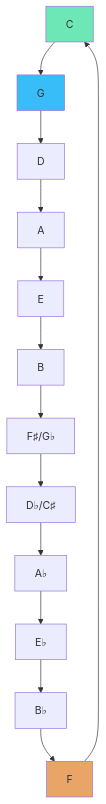
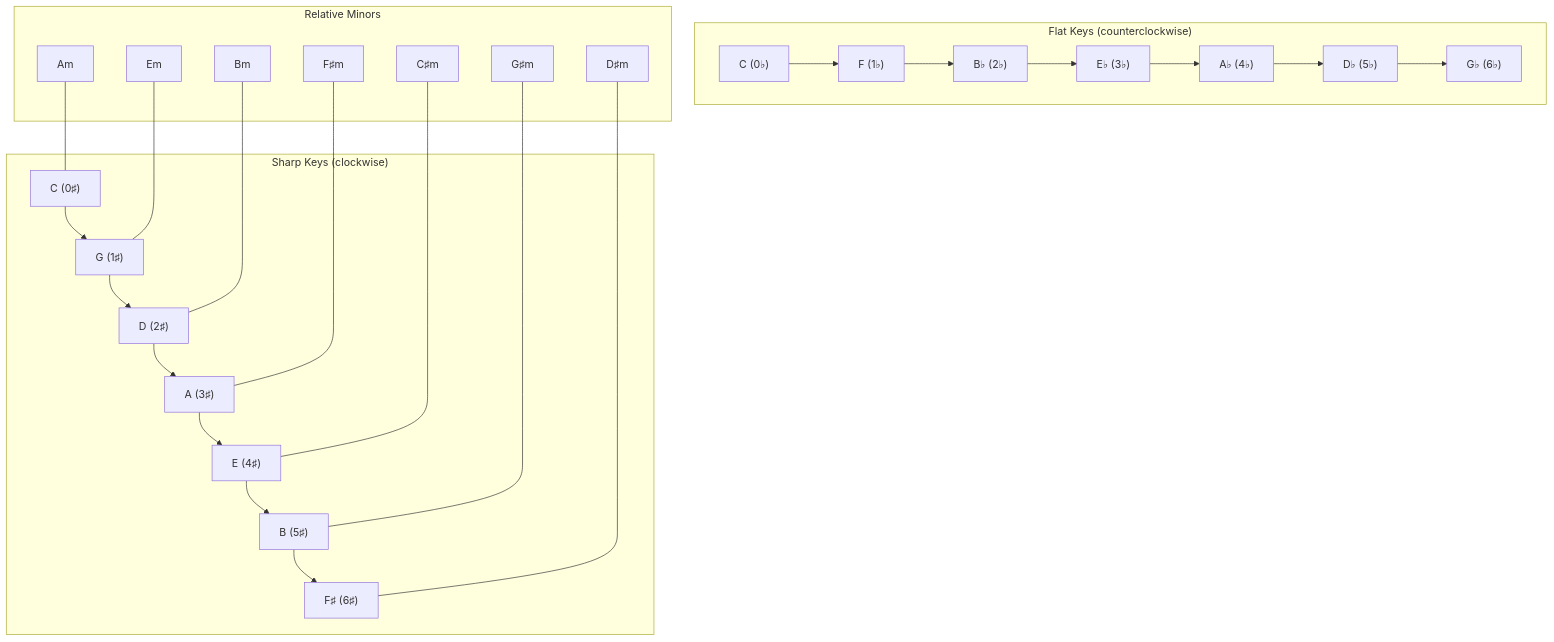
Before and after one commit to blebleblee/synapse: the third of 3 diagrams in topics/arts/music_performance/piano/lesson_03_diatonic_chords_and_voice_leading.md, drawn with Mermaid. The commit also changed other lines of this file and 4 other files, not shown here.

````diff
--- a/topics/arts/music_performance/piano/lesson_03_diatonic_chords_and_voice_leading.md
+++ b/topics/arts/music_performance/piano/lesson_03_diatonic_chords_and_voice_leading.md
@@ -232,32 +364,20 @@
 ```mermaid
 graph TD
-    C["C"]
-    G["G"]
-    D["D"]
-    A["A"]
-    E["E"]
-    B["B"]
-    Fs["F♯/G♭"]
-    Db["D♭/C♯"]
-    Ab["A♭"]
-    Eb["E♭"]
-    Bb["B♭"]
-    F["F"]
-    
-    C --> G
-    G --> D
-    D --> A
-    A --> E
-    E --> B
-    B --> Fs
-    Fs --> Db
-    Db --> Ab
-    Ab --> Eb
-    Eb --> Bb
-    Bb --> F
-    F --> C
-    
-    style C fill:#6EE7B7
-    style G fill:#38BDF8
-    style F fill:#E9A568
+    subgraph sub_sharp ["Sharp Keys (clockwise)"]
+        C["C (0♯)"] --> G2["G (1♯)"] --> D2["D (2♯)"] --> A2["A (3♯)"] --> E2["E (4♯)"] --> B2["B (5♯)"] --> Fs2["F♯ (6♯)"]
+    end
+
+    subgraph sub_flat ["Flat Keys (counterclockwise)"]
+        C2["C (0♭)"] --> F2["F (1♭)"] --> Bb["B♭ (2♭)"] --> Eb["E♭ (3♭)"] --> Ab["A♭ (4♭)"] --> Db["D♭ (5♭)"] --> Gb["G♭ (6♭)"]
+    end
+
+    subgraph sub_rel ["Relative Minors"]
+        Am["Am"] --- C
+        Em["Em"] --- G2
+        Bm["Bm"] --- D2
+        Fsm["F♯m"] --- A2
+        Csm["C♯m"] --- E2
+        Gsm["G♯m"] --- B2
+        Dsm["D♯m"] --- Fs2
+    end
 ```
````
